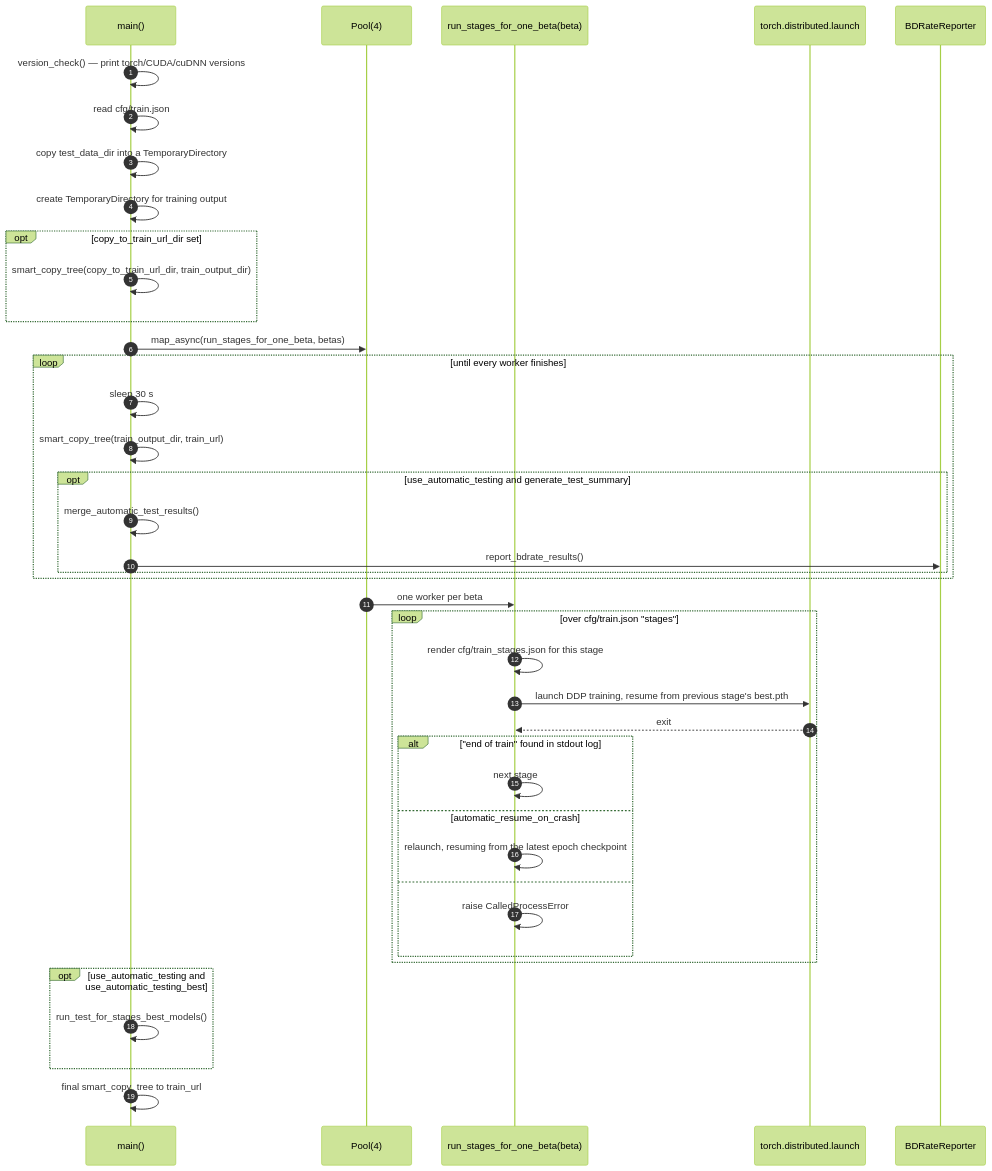
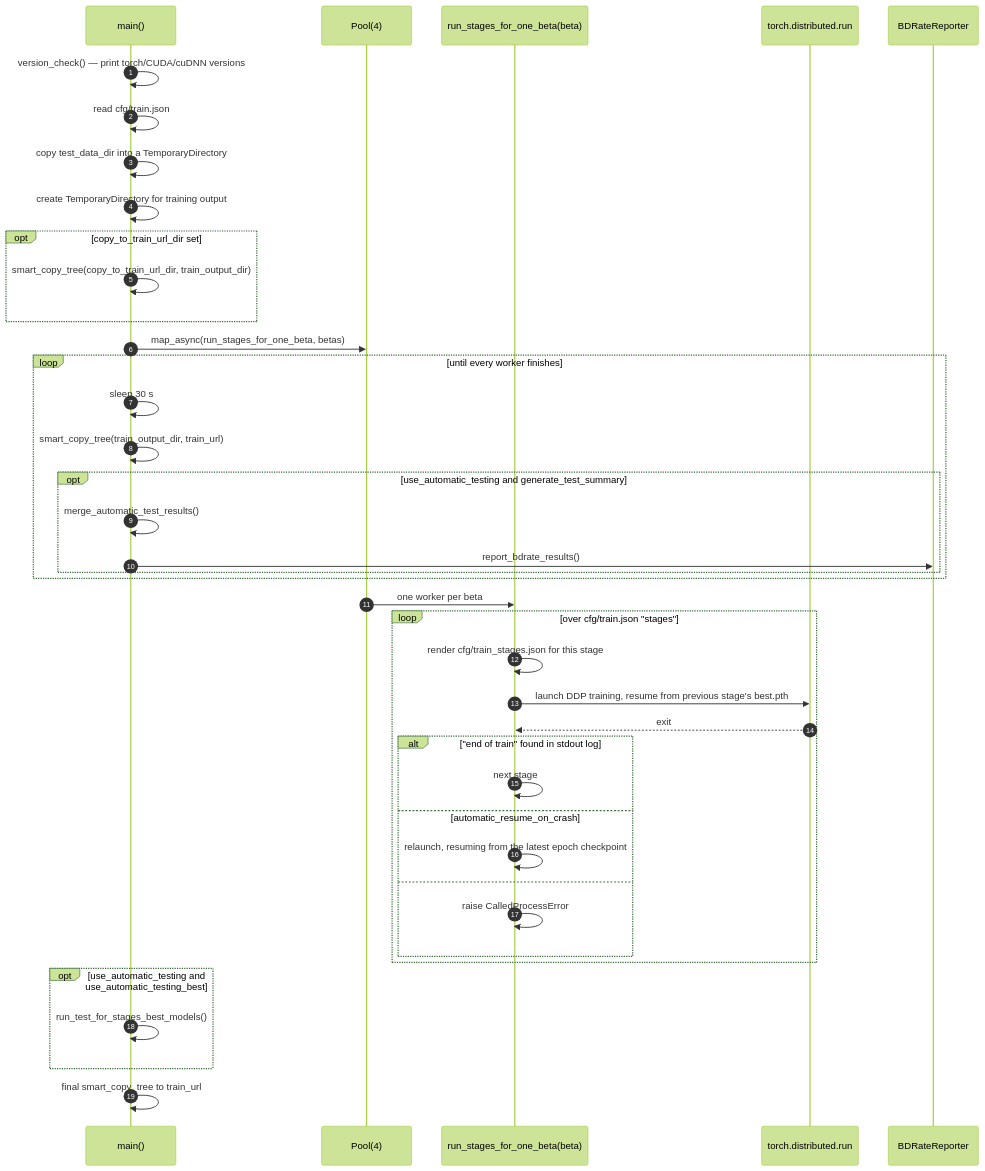
Before and after one commit to akarabutov/jpeg-ai-reference-software: the second of 5 diagrams in docs/architecture/13-training.md, drawn with Mermaid (forest theme). The commit also changed other lines of this file and 19 other files, not shown here.

````diff
--- a/docs/architecture/13-training.md
+++ b/docs/architecture/13-training.md
@@ -78,43 +78,43 @@
 ```mermaid
 sequenceDiagram
     autonumber
     participant M as main()
     participant P as Pool(4)
     participant W as run_stages_for_one_beta(beta)
-    participant T as torch.distributed.launch
+    participant T as torch.distributed.run
     participant B as BDRateReporter
 
     M->>M: version_check() — print torch/CUDA/cuDNN versions
     M->>M: read cfg/train.json
     M->>M: copy test_data_dir into a TemporaryDirectory
     M->>M: create TemporaryDirectory for training output
     opt copy_to_train_url_dir set
         M->>M: smart_copy_tree(copy_to_train_url_dir, train_output_dir)
     end
     M->>P: map_async(run_stages_for_one_beta, betas)
     loop until every worker finishes
         M->>M: sleep 30 s
         M->>M: smart_copy_tree(train_output_dir, train_url)
         opt use_automatic_testing and generate_test_summary
             M->>M: merge_automatic_test_results()
             M->>B: report_bdrate_results()
         end
     end
     P->>W: one worker per beta
     loop over cfg/train.json "stages"
         W->>W: render cfg/train_stages.json for this stage
         W->>T: launch DDP training, resume from previous stage's best.pth
         T-->>W: exit
         alt "end of train" found in stdout log
             W->>W: next stage
         else automatic_resume_on_crash
             W->>W: relaunch, resuming from the latest epoch checkpoint
         else
             W->>W: raise CalledProcessError
         end
     end
     opt use_automatic_testing and use_automatic_testing_best
         M->>M: run_test_for_stages_best_models()
     end
     M->>M: final smart_copy_tree to train_url
 ```
````
